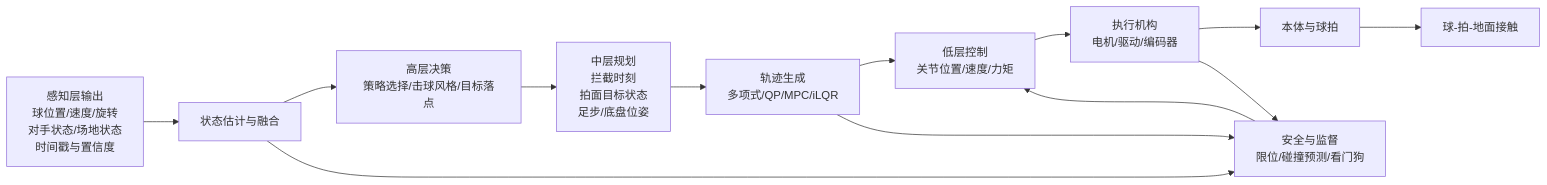
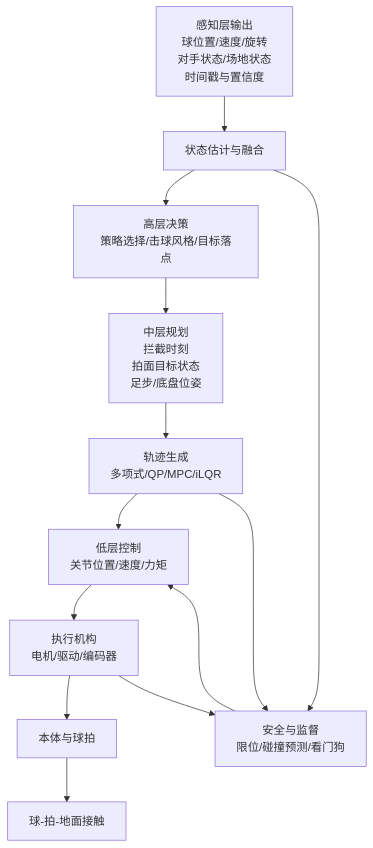
The first of 12 diagrams in docs/tech-report/003-控制层.md (Taoxu-unihannover/sports-robot), drawn with Mermaid before and after one commit. The commit also changed other lines of this file and 41 other files, not shown here.

````diff
--- a/docs/tech-report/003-控制层.md
+++ b/docs/tech-report/003-控制层.md
@@ -28,15 +25,15 @@
 ```mermaid
-flowchart LR
-  A[感知层输出\n球位置/速度/旋转\n对手状态/场地状态\n时间戳与置信度] --> B[状态估计与融合]
-  B --> C[高层决策\n策略选择/击球风格/目标落点]
-  C --> D[中层规划\n拦截时刻\n拍面目标状态\n足步/底盘位姿]
-  D --> E[轨迹生成\n多项式/QP/MPC/iLQR]
-  E --> F[低层控制\n关节位置/速度/力矩]
-  F --> G[执行机构\n电机/驱动/编码器]
-  G --> H[本体与球拍]
-  H --> I[球-拍-地面接触]
-  G --> J[安全与监督\n限位/碰撞预测/看门狗]
+flowchart TD
+  A["感知层输出\n球位置/速度/旋转\n对手状态/场地状态\n时间戳与置信度"] --> B["状态估计与融合"]
+  B --> C["高层决策\n策略选择/击球风格/目标落点"]
+  C --> D["中层规划\n拦截时刻\n拍面目标状态\n足步/底盘位姿"]
+  D --> E["轨迹生成\n多项式/QP/MPC/iLQR"]
+  E --> F["低层控制\n关节位置/速度/力矩"]
+  F --> G["执行机构\n电机/驱动/编码器"]
+  G --> H["本体与球拍"]
+  H --> I["球-拍-地面接触"]
+  G --> J["安全与监督\n限位/碰撞预测/看门狗"]
   B --> J
   E --> J
   J --> F
 ```
````
